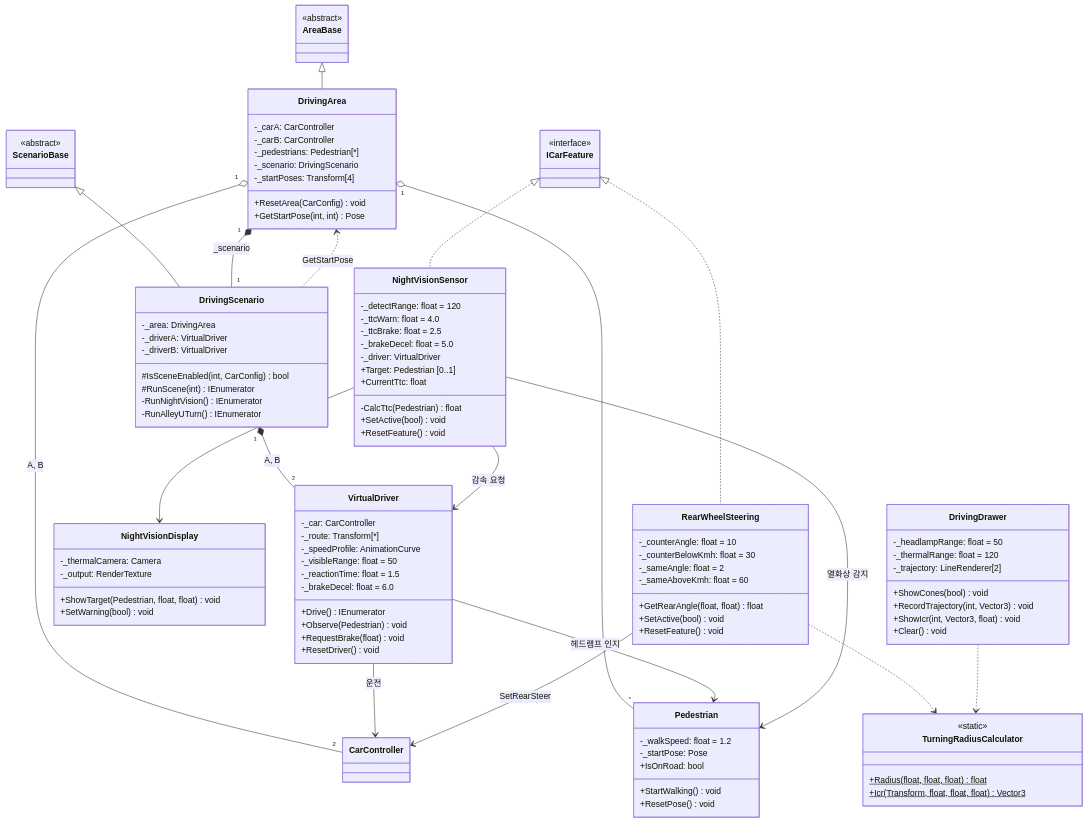
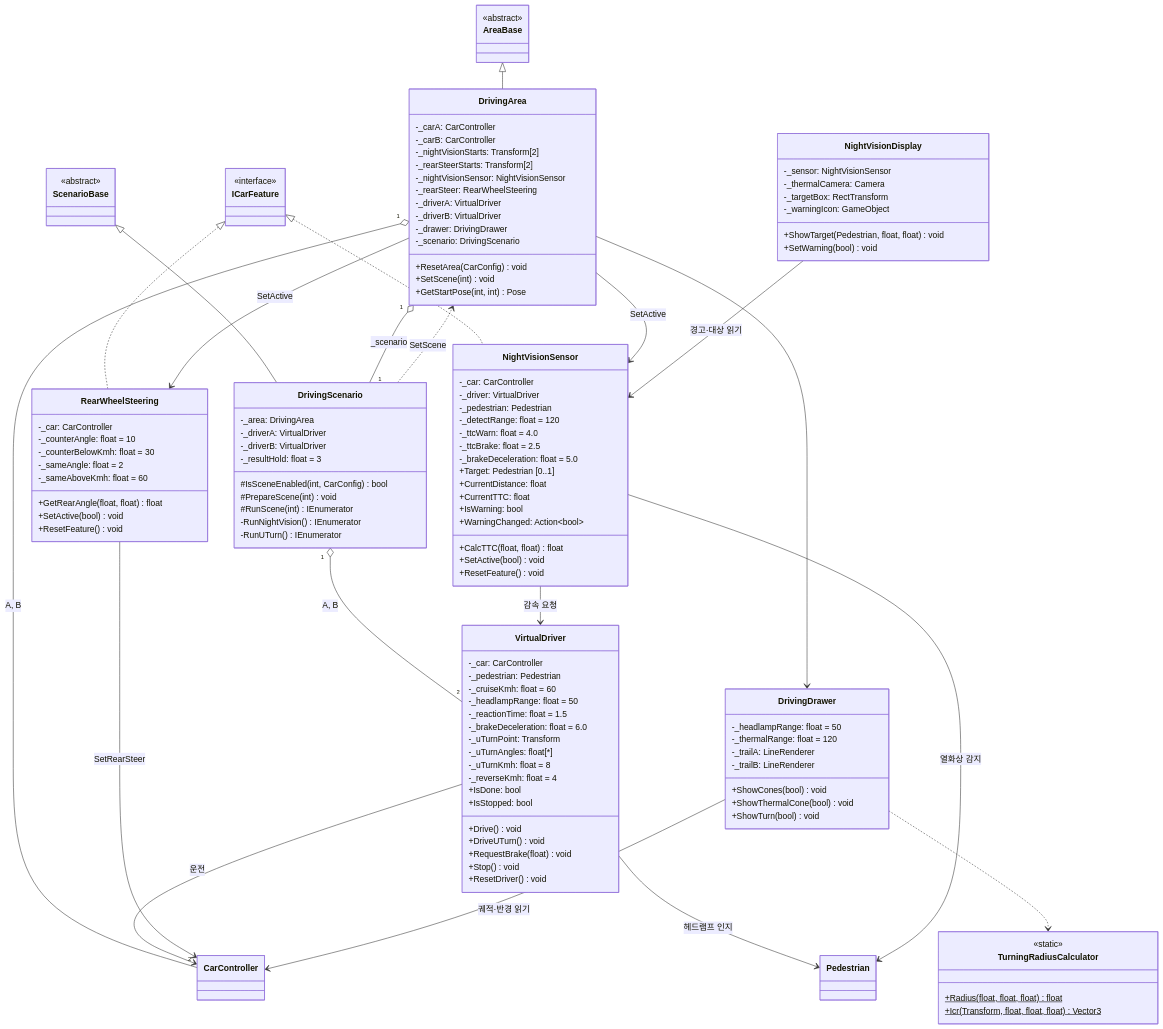
The third of 4 diagrams in docs/CLASS_DESIGN.md (cuhote/YEYU_CarConfigurator_UnityProject), drawn with Mermaid before and after one commit. The commit also changed other lines of this file and 4 other files, not shown here.

````diff
--- a/docs/CLASS_DESIGN.md
+++ b/docs/CLASS_DESIGN.md
@@ -302,59 +315,76 @@
   class DrivingArea {
     -_carA: CarController
     -_carB: CarController
-    -_pedestrians: Pedestrian[*]
+    -_nightVisionStarts: Transform[2]
+    -_rearSteerStarts: Transform[2]
+    -_nightVisionSensor: NightVisionSensor
+    -_rearSteer: RearWheelSteering
+    -_driverA: VirtualDriver
+    -_driverB: VirtualDriver
+    -_drawer: DrivingDrawer
     -_scenario: DrivingScenario
-    -_startPoses: Transform[4]
     +ResetArea(CarConfig) void
+    +SetScene(int) void
     +GetStartPose(int, int) Pose
   }
   class DrivingScenario {
     -_area: DrivingArea
     -_driverA: VirtualDriver
     -_driverB: VirtualDriver
+    -_resultHold: float = 3
     #IsSceneEnabled(int, CarConfig) bool
+    #PrepareScene(int) void
     #RunScene(int) IEnumerator
     -RunNightVision() IEnumerator
-    -RunAlleyUTurn() IEnumerator
+    -RunUTurn() IEnumerator
   }
   class VirtualDriver {
     -_car: CarController
-    -_route: Transform[*]
-    -_speedProfile: AnimationCurve
-    -_visibleRange: float = 50
+    -_pedestrian: Pedestrian
+    -_cruiseKmh: float = 60
+    -_headlampRange: float = 50
     -_reactionTime: float = 1.5
-    -_brakeDecel: float = 6.0
-    +Drive() IEnumerator
-    +Observe(Pedestrian) void
+    -_brakeDeceleration: float = 6.0
+    -_uTurnPoint: Transform
+    -_uTurnAngles: float[*]
+    -_uTurnKmh: float = 8
+    -_reverseKmh: float = 4
+    +IsDone: bool
+    +IsStopped: bool
+    +Drive() void
+    +DriveUTurn() void
     +RequestBrake(float) void
+    +Stop() void
     +ResetDriver() void
   }
-  class Pedestrian {
-    -_walkSpeed: float = 1.2
-    -_startPose: Pose
-    +IsOnRoad: bool
-    +StartWalking() void
-    +ResetPose() void
-  }
+  class Pedestrian
   class NightVisionSensor {
+    -_car: CarController
+    -_driver: VirtualDriver
+    -_pedestrian: Pedestrian
     -_detectRange: float = 120
     -_ttcWarn: float = 4.0
     -_ttcBrake: float = 2.5
-    -_brakeDecel: float = 5.0
-    -_driver: VirtualDriver
+    -_brakeDeceleration: float = 5.0
     +Target: Pedestrian [0..1]
-    +CurrentTtc: float
-    -CalcTtc(Pedestrian) float
+    +CurrentDistance: float
+    +CurrentTTC: float
+    +IsWarning: bool
+    +WarningChanged: Action~bool~
+    +CalcTTC(float, float) float
     +SetActive(bool) void
     +ResetFeature() void
   }
   class NightVisionDisplay {
+    -_sensor: NightVisionSensor
     -_thermalCamera: Camera
-    -_output: RenderTexture
+    -_targetBox: RectTransform
+    -_warningIcon: GameObject
     +ShowTarget(Pedestrian, float, float) void
     +SetWarning(bool) void
   }
   class RearWheelSteering {
+    -_car: CarController
     -_counterAngle: float = 10
     -_counterBelowKmh: float = 30
     -_sameAngle: float = 2
@@ -371,27 +401,29 @@
   class DrivingDrawer {
     -_headlampRange: float = 50
     -_thermalRange: float = 120
-    -_trajectory: LineRenderer[2]
+    -_trailA: LineRenderer
+    -_trailB: LineRenderer
     +ShowCones(bool) void
-    +RecordTrajectory(int, Vector3) void
-    +ShowIcr(int, Vector3, float) void
-    +Clear() void
+    +ShowThermalCone(bool) void
+    +ShowTurn(bool) void
   }
   AreaBase <|-- DrivingArea
   ScenarioBase <|-- DrivingScenario
   ICarFeature <|.. NightVisionSensor
   ICarFeature <|.. RearWheelSteering
-  DrivingArea "1" *-- "1" DrivingScenario : _scenario
-  DrivingArea "1" o-- "*" Pedestrian
+  DrivingArea "1" o-- "1" DrivingScenario : _scenario
   DrivingArea "1" o-- "2" CarController : A, B
-  DrivingScenario "1" *-- "2" VirtualDriver : A, B
-  DrivingScenario ..> DrivingArea : GetStartPose
+  DrivingArea --> NightVisionSensor : SetActive
+  DrivingArea --> RearWheelSteering : SetActive
+  DrivingArea --> DrivingDrawer
+  DrivingScenario "1" o-- "2" VirtualDriver : A, B
+  DrivingScenario ..> DrivingArea : SetScene
   VirtualDriver --> CarController : 운전
   VirtualDriver --> Pedestrian : 헤드램프 인지
   NightVisionSensor --> Pedestrian : 열화상 감지
   NightVisionSensor --> VirtualDriver : 감속 요청
-  NightVisionSensor --> NightVisionDisplay
+  NightVisionDisplay --> NightVisionSensor : 경고·대상 읽기
   RearWheelSteering --> CarController : SetRearSteer
-  RearWheelSteering ..> TurningRadiusCalculator
   DrivingDrawer ..> TurningRadiusCalculator
+  DrivingDrawer --> CarController : 궤적·반경 읽기
 ```
````
